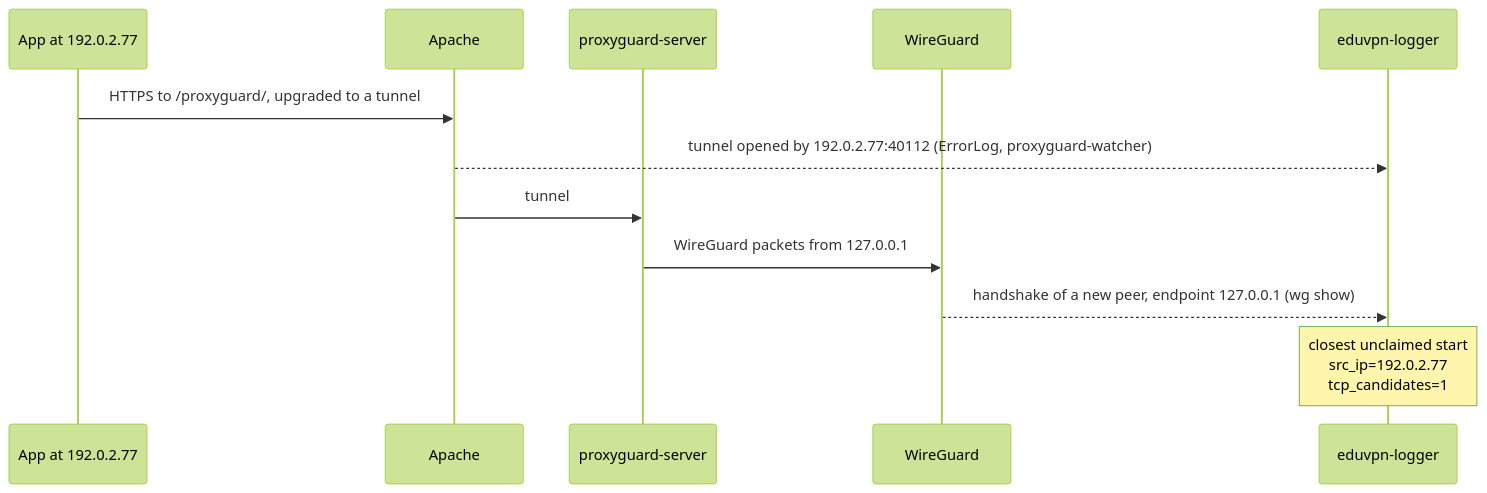
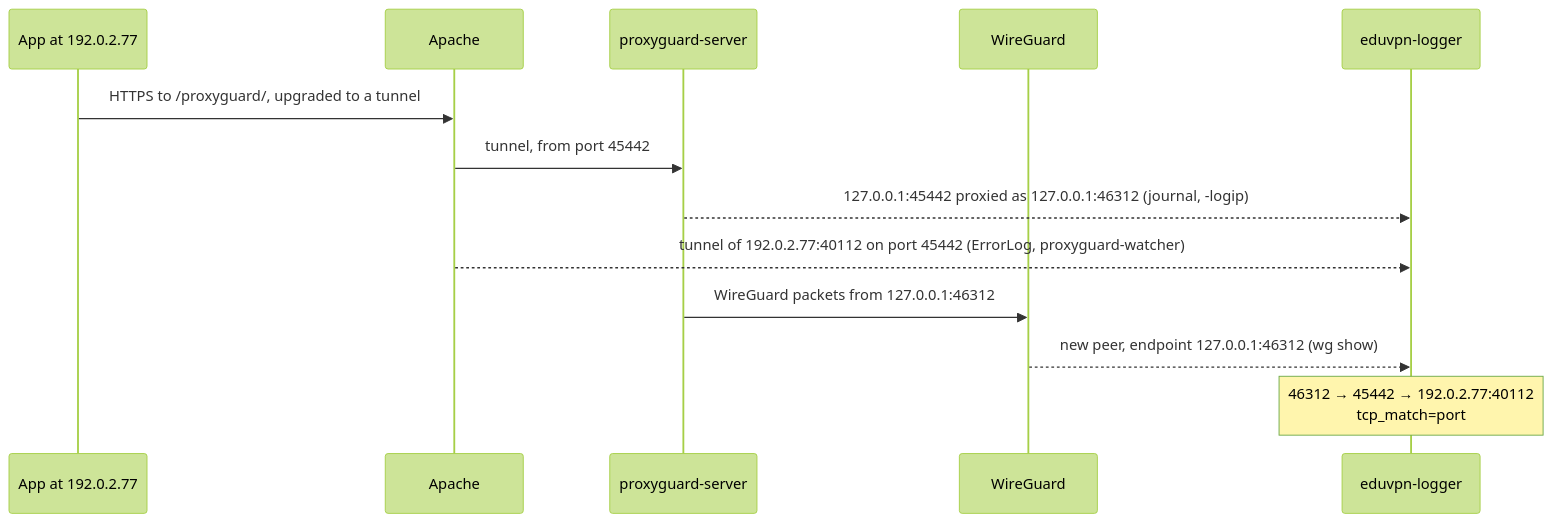
Before and after one commit to giacomocamata/eduvpn-logger: the second of 2 diagrams in README.md, drawn with Mermaid (forest theme). The commit also changed other lines of this file and 5 other files, not shown here.

First line of the commit message:
Sorgenti ProxyGuard esatte: abbinamento per porta con proxyguard-server -logip e [pgport] di Apache

````diff
--- a/README.md
+++ b/README.md
@@ -203,14 +217,15 @@
 ```mermaid
 sequenceDiagram
     participant C as App at 192.0.2.77
     participant A as Apache
     participant P as proxyguard-server
     participant W as WireGuard
     participant L as eduvpn-logger
     C->>A: HTTPS to /proxyguard/, upgraded to a tunnel
-    A-->>L: tunnel opened by 192.0.2.77:40112 (ErrorLog, proxyguard-watcher)
-    A->>P: tunnel
-    P->>W: WireGuard packets from 127.0.0.1
-    W-->>L: handshake of a new peer, endpoint 127.0.0.1 (wg show)
-    Note over L: closest unclaimed start<br/>src_ip=192.0.2.77<br/>tcp_candidates=1
+    A->>P: tunnel, from port 45442
+    P-->>L: 127.0.0.1:45442 proxied as 127.0.0.1:46312 (journal, -logip)
+    A-->>L: tunnel of 192.0.2.77:40112 on port 45442 (ErrorLog, proxyguard-watcher)
+    P->>W: WireGuard packets from 127.0.0.1:46312
+    W-->>L: new peer, endpoint 127.0.0.1:46312 (wg show)
+    Note over L: 46312 → 45442 → 192.0.2.77:40112<br/>tcp_match=port
 ```
````
